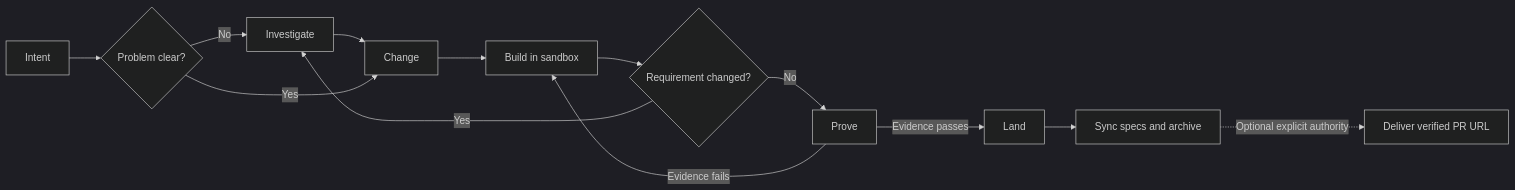
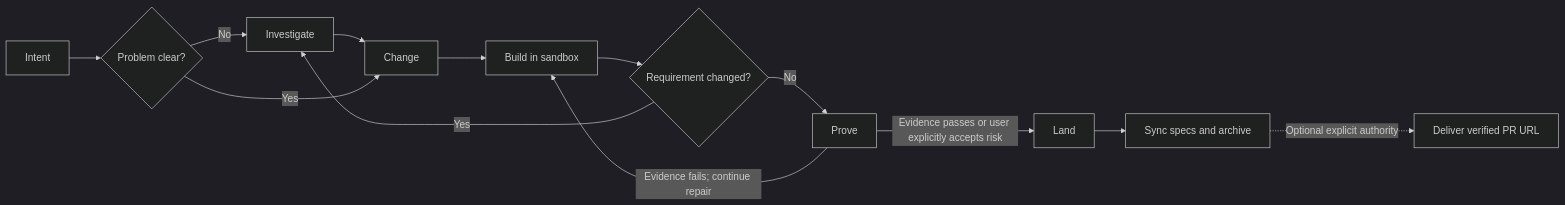
The diagram in README.md (Maximumsoft-Co-LTD/claude-foundation), drawn with Mermaid (dark theme) before and after one commit. The commit also changed other lines of this file and 33 other files, not shown here.

````diff
--- a/README.md
+++ b/README.md
@@ -423,15 +424,15 @@
 ```mermaid
 flowchart LR
     I[Intent] --> Q{Problem clear?}
     Q -- No --> X[Investigate]
     X --> C[Change]
     Q -- Yes --> C
     C --> B[Build in sandbox]
     B --> D{Requirement changed?}
     D -- Yes --> X
     D -- No --> P[Prove]
-    P -- Evidence fails --> B
-    P -- Evidence passes --> L[Land]
+    P -- Evidence fails; continue repair --> B
+    P -- Evidence passes or user explicitly accepts risk --> L[Land]
     L --> A[Sync specs and archive]
     A -. Optional explicit authority .-> R[Deliver verified PR URL]
 ```
````
